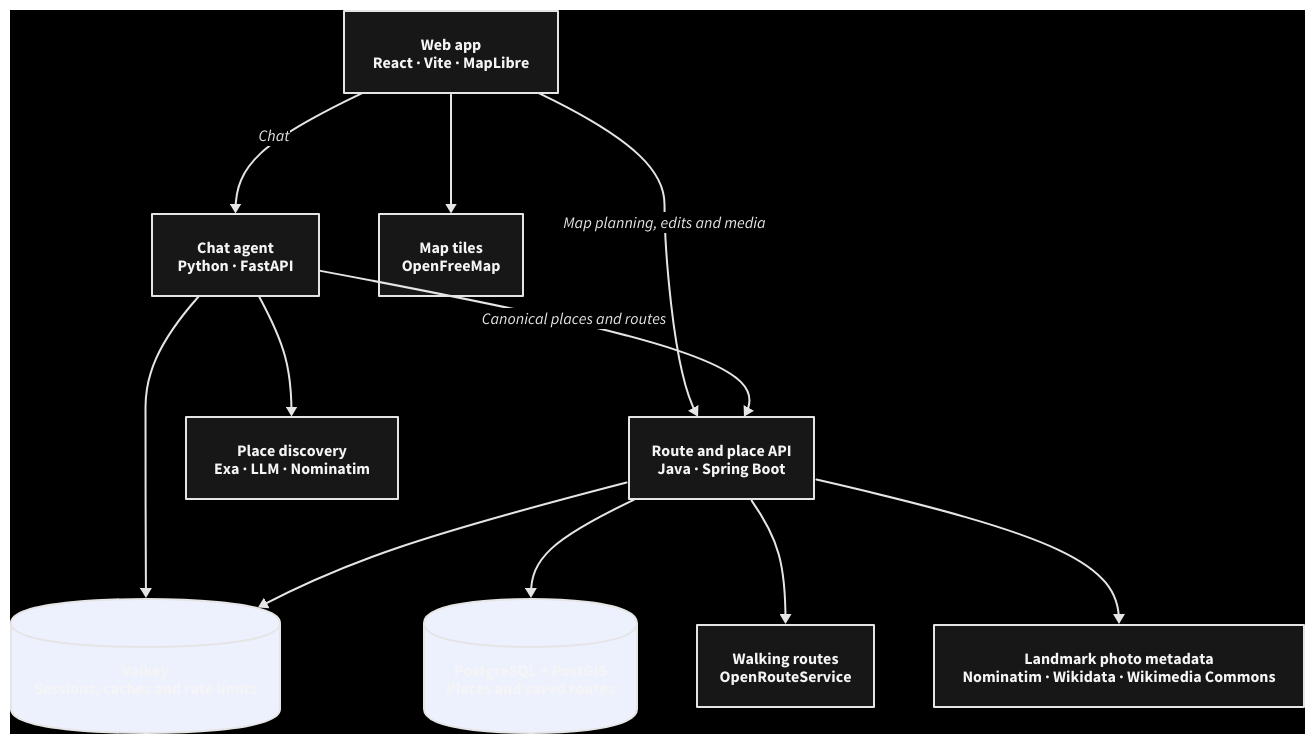
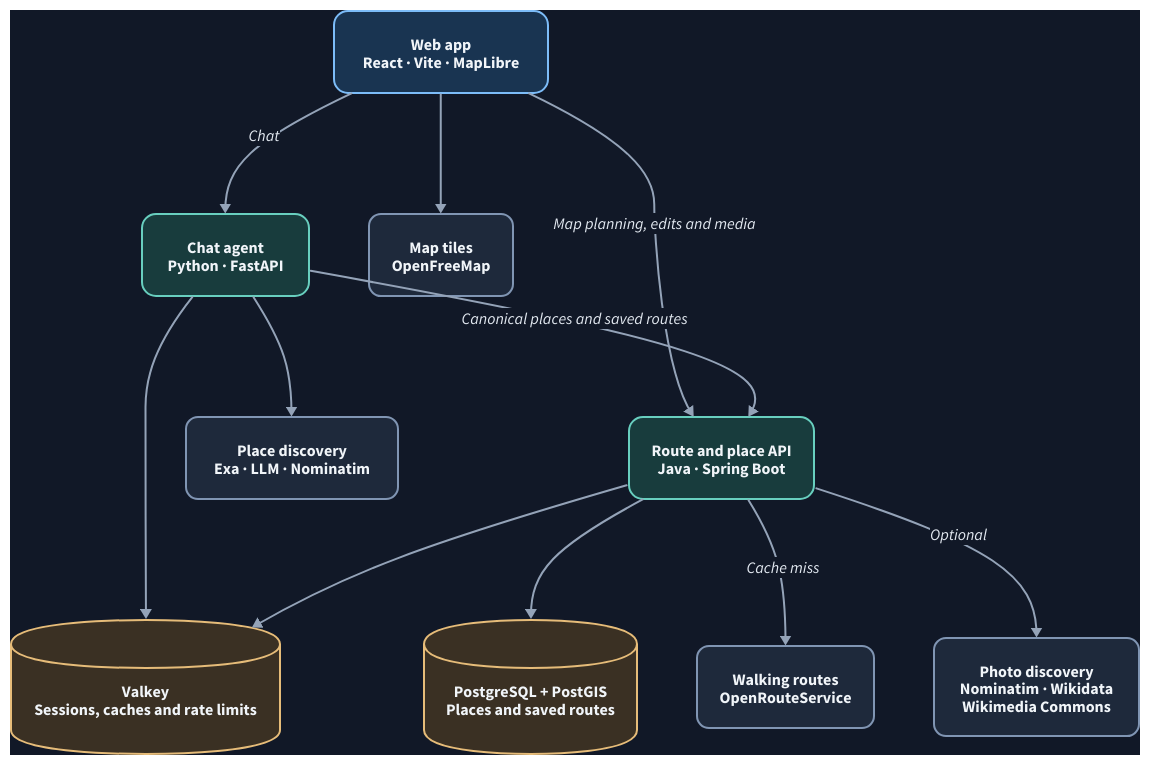
One commit to uksus148/trego. changed the diagram in docs/architecture/system.d2. Above: the diagram before and after it, drawn with D2. The commit also changed 4 other files, not shown here.

Commit message:
docs(repo): refine architecture diagrams and show route readback

```diff
--- a/docs/architecture/system.d2
+++ b/docs/architecture/system.d2
@@ -1,44 +1,79 @@
+direction: down
+
 vars: {
   d2-config: {
     theme-overrides: {
-      N1: "#F5F5F5"
-      N2: "#E5E5E5"
-      N3: "#A3A3A3"
-      N4: "#737373"
-      N5: "#404040"
-      N6: "#262626"
-      N7: "#000000"
-      B1: "#E5E5E5"
-      B2: "#A3A3A3"
-      B3: "#737373"
-      B4: "#404040"
-      B5: "#171717"
-      B6: "#171717"
+      N1: "#f1f5f9"
+      N2: "#e2e8f0"
+      N3: "#cbd5e1"
+      N4: "#94a3b8"
+      N5: "#475569"
+      N6: "#1e293b"
+      N7: "#111827"
+      B1: "#94a3b8"
+      B2: "#94a3b8"
+      B3: "#64748b"
+      B4: "#475569"
+      B5: "#1e293b"
+      B6: "#1e293b"
     }
   }
 }
 
-direction: down
+classes: {
+  client: {
+    style: {
+      fill: "#193451"
+      stroke: "#7cbcf8"
+      font-color: "#f1f5f9"
+      border-radius: 14
+    }
+  }
+  service: {
+    style: {
+      fill: "#183c3d"
+      stroke: "#68cfbf"
+      font-color: "#f1f5f9"
+      border-radius: 14
+    }
+  }
+  store: {
+    shape: cylinder
+    style: {
+      fill: "#3a3023"
+      stroke: "#e6bc79"
+      font-color: "#f1f5f9"
+    }
+  }
+  provider: {
+    style: {
+      fill: "#1e293b"
+      stroke: "#8095b3"
+      font-color: "#f1f5f9"
+      border-radius: 12
+    }
+  }
+}
 
-browser: "Web app\nReact · Vite · MapLibre"
-agent: "Chat agent\nPython · FastAPI"
-api: "Route and place API\nJava · Spring Boot"
+browser: "Web app\nReact · Vite · MapLibre" {class: client}
+agent: "Chat agent\nPython · FastAPI" {class: service}
+api: "Route and place API\nJava · Spring Boot" {class: service}
 
-postgres: "PostgreSQL + PostGIS\nPlaces and saved routes" {shape: cylinder}
-valkey: "Valkey\nSessions, caches and rate limits" {shape: cylinder}
+postgres: "PostgreSQL + PostGIS\nPlaces and saved routes" {class: store}
+valkey: "Valkey\nSessions, caches and rate limits" {class: store}
 
-tiles: "Map tiles\nOpenFreeMap"
-discovery: "Place discovery\nExa · LLM · Nominatim"
-routing: "Walking routes\nOpenRouteService"
-media: "Landmark photo metadata\nNominatim · Wikidata · Wikimedia Commons"
+tiles: "Map tiles\nOpenFreeMap" {class: provider}
+discovery: "Place discovery\nExa · LLM · Nominatim" {class: provider}
+routing: "Walking routes\nOpenRouteService" {class: provider}
+media: "Photo discovery\nNominatim · Wikidata\nWikimedia Commons" {class: provider}
 
 browser -> tiles
 browser -> agent: Chat
 browser -> api: Map planning, edits and media
 agent -> discovery
-agent -> api: Canonical places and routes
+agent -> api: Canonical places and saved routes
 agent -> valkey
 api -> valkey
 api -> postgres
-api -> routing
-api -> media
+api -> routing: Cache miss
+api -> media: Optional
```
